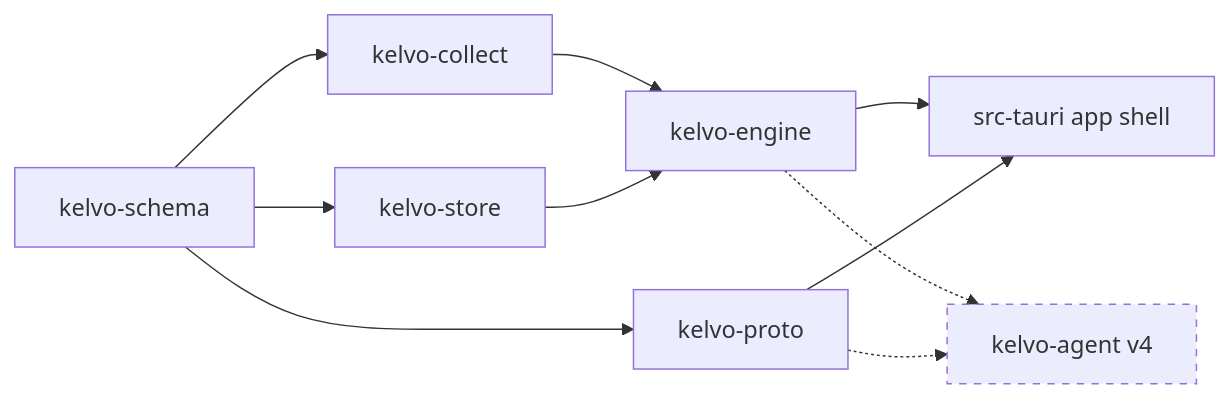
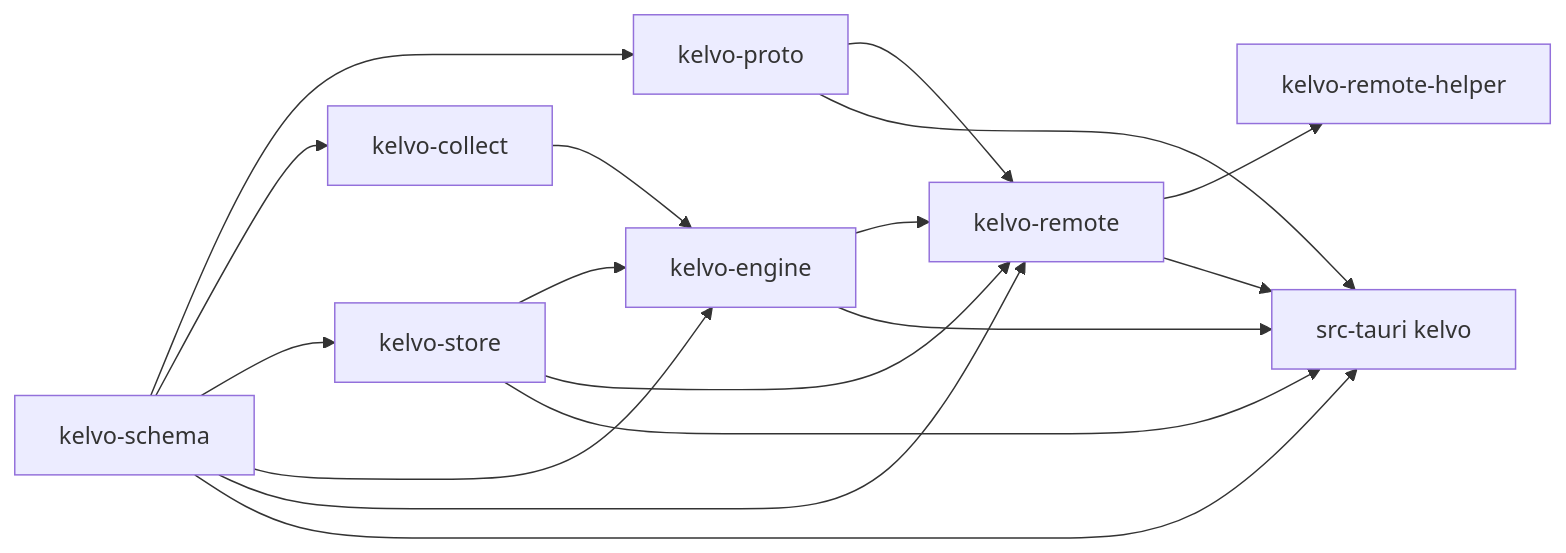
Before and after one commit to tryopendata/kelvo: the first of 4 diagrams in plan/architecture.md, drawn with Mermaid. The commit also changed other lines of this file and 346 other files, not shown here.

Commit message:
refactor: clarify service boundaries and enforce architecture guardrails

````diff
--- a/plan/architecture.md
+++ b/plan/architecture.md
@@ -55,23 +63,19 @@
 ```mermaid
 flowchart LR
-  schema[kelvo-schema]
-  proto[kelvo-proto]
-  collect[kelvo-collect]
-  store[kelvo-store]
-  engine[kelvo-engine]
-  shell[src-tauri app shell]
-  agent[kelvo-agent v4]
-
-  schema --> proto
-  schema --> collect
-  schema --> store
+  schema[kelvo-schema] --> proto[kelvo-proto]
+  schema --> collect[kelvo-collect]
+  schema --> store[kelvo-store]
+  schema --> engine[kelvo-engine]
   collect --> engine
   store --> engine
+  schema --> remote[kelvo-remote]
+  proto --> remote
+  store --> remote
+  engine --> remote
+  remote --> helper[kelvo-remote-helper]
+  schema --> shell[src-tauri kelvo]
+  proto --> shell
+  store --> shell
   engine --> shell
-  proto --> shell
-  engine -.-> agent
-  proto -.-> agent
-
-  classDef future stroke-dasharray: 5 5
-  class agent future
+  remote --> shell
 ```
````
